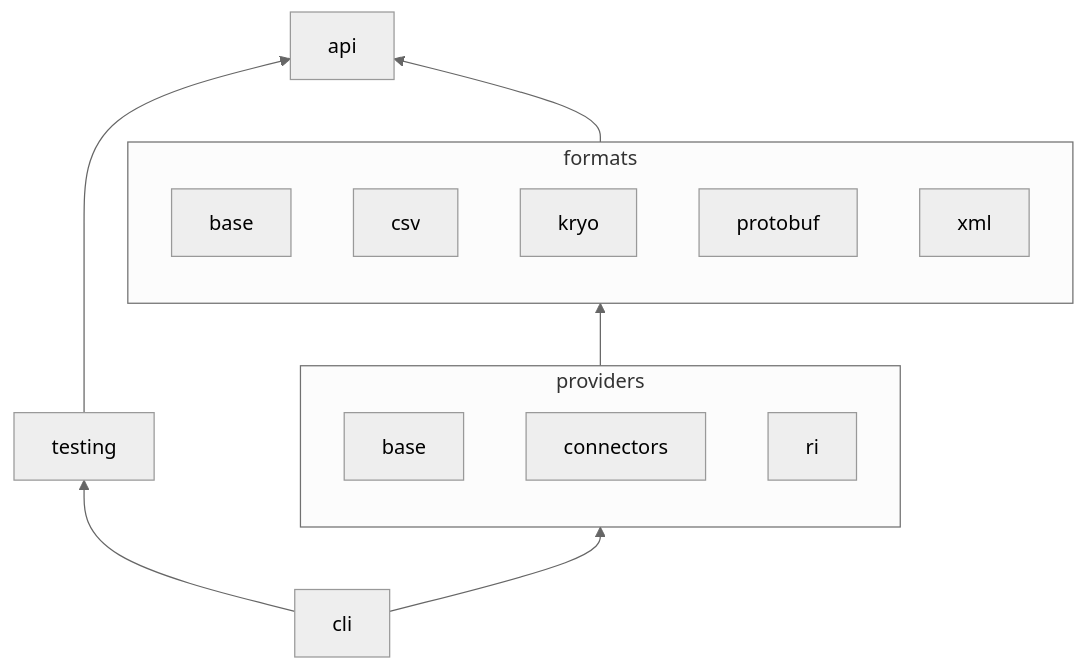
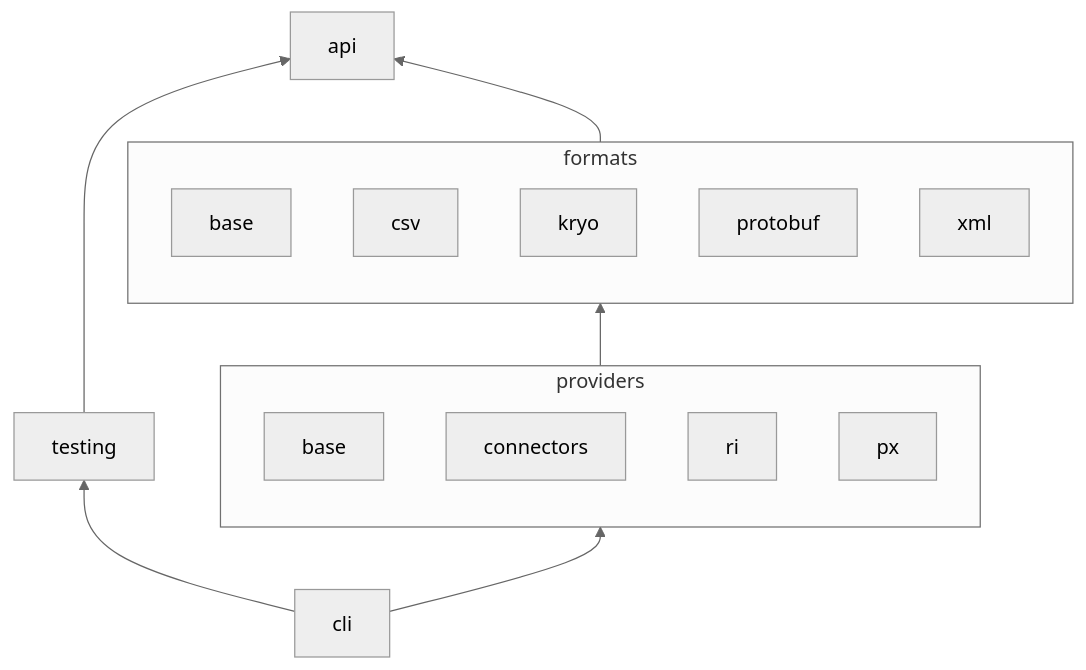
Before and after one commit to nbbrd/sdmx-dl: the diagram in docs/content/api/_index.md, drawn with Mermaid (neutral theme). The commit also changed 6 other files, not shown here.

````diff
--- a/docs/content/api/_index.md
+++ b/docs/content/api/_index.md
@@ -10,23 +10,24 @@
 ```mermaid
 flowchart BT
     api
     subgraph formats
         format-base[base]
         csv
         kryo
         protobuf
         xml
     end
     subgraph providers
         provider-base[base]
         connectors
         ri
+        px
     end
     testing
     cli
 
     formats --> api
     providers --> formats
     testing ---> api
     cli --> providers & testing
 ```
````
